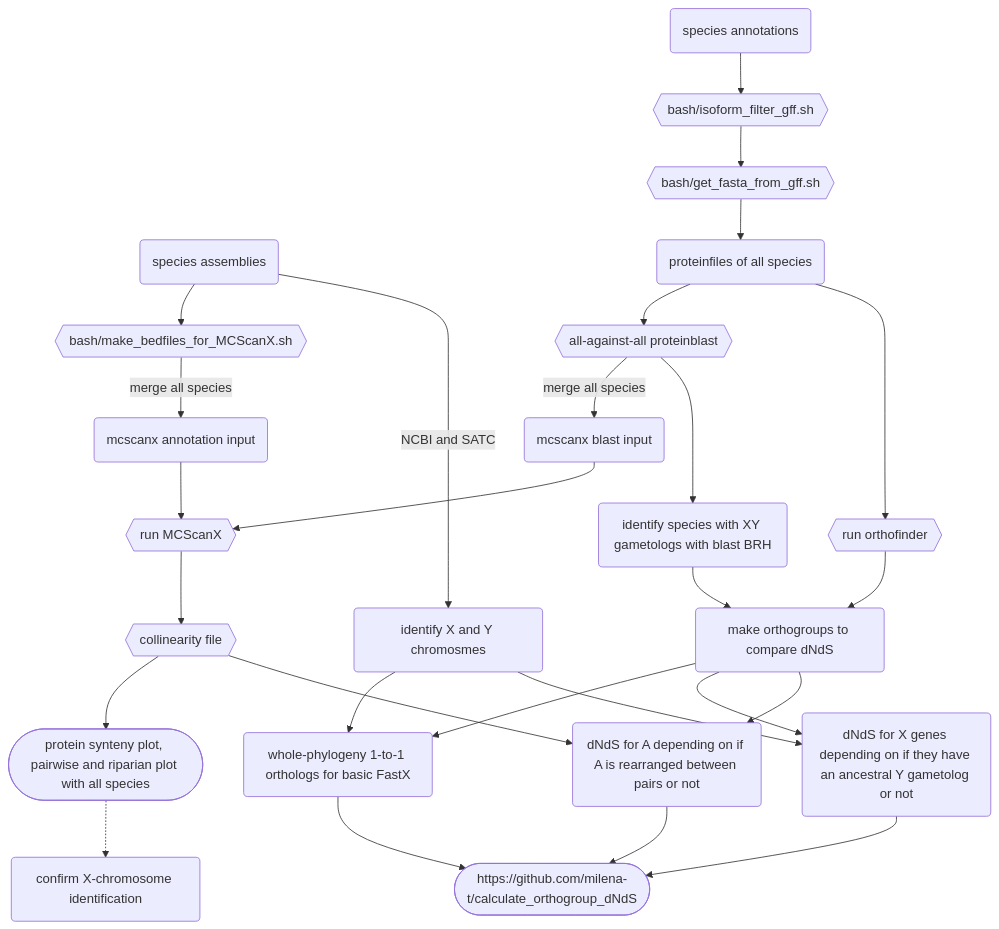
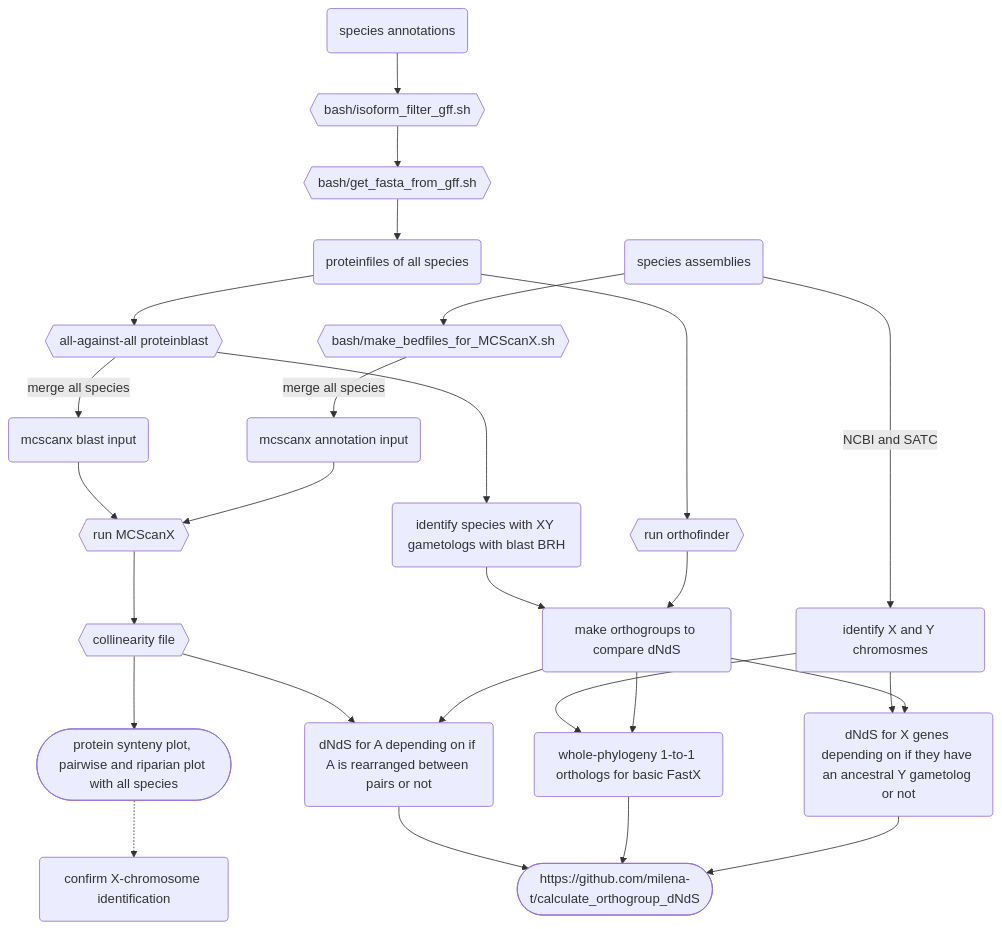
One commit to milena-t/PhD_chapter3 changed the diagram in README.md. Above: the diagram before and after it, drawn with Mermaid.

Commit message:
moremermaid

````diff
--- a/README.md
+++ b/README.md
@@ -55,39 +55,40 @@
 ```mermaid
 graph TD;
     species_Ass(species assemblies);
     species_Ass --> simplified_bed{{bash/make_bedfiles_for_MCScanX.sh}};
     simplified_bed -- merge all species --> mcscanx_bed(mcscanx annotation input);
     
     species_Ann(species annotations);
     species_Ann --> is_filter{{bash/isoform_filter_gff.sh}};
     is_filter --> get_prot{{bash/get_fasta_from_gff.sh}};
     get_prot --> protfiles(proteinfiles of all species);
     protfiles --> blast{{all-against-all proteinblast}};
     blast -- merge all species --> mcscanx_blast(mcscanx blast input);
 
     mcscanx_bed --> run_mcscanx{{run MCScanX}};
     mcscanx_blast --> run_mcscanx
     run_mcscanx --> mcscanx_out{{collinearity file}}
     mcscanx_out --> mcscanx_plot([protein synteny plot, pairwise and riparian plot with all species])
     mcscanx_plot .-> conf_X(confirm X-chromosome identification)
 
     species_Ass -- NCBI and SATC --> XY_chr(identify X and Y chromosmes);
     protfiles --> orthofinder{{run orthofinder}};
     
     blast --> XY_paralogs(identify species with XY gametologs with blast BRH);
-    XY_paralogs --> dNdS_groups(make orthogroups to compare dNdS);
+    dNdS_groups(make orthogroups to compare dNdS);
     orthofinder --> dNdS_groups;
+    XY_paralogs --> dNdS_groups;
 
     dNdS_groups --> basicFastX(whole-phylogeny 1-to-1 orthologs for basic FastX);
     dNdS_groups --> gametologs(dNdS for X genes depending on if they have an ancestral Y gametolog or not);
     dNdS_groups --> rearrangeA(dNdS for A depending on if A is rearranged between pairs or not)
     XY_chr --> basicFastX
     XY_chr --> gametologs
     mcscanx_out --> rearrangeA
 
     OG_dNdS([https://github.com/milena-t/calculate_orthogroup_dNdS])
     gametologs --> OG_dNdS
     basicFastX --> OG_dNdS
     rearrangeA --> OG_dNdS
 
 ```   
````
